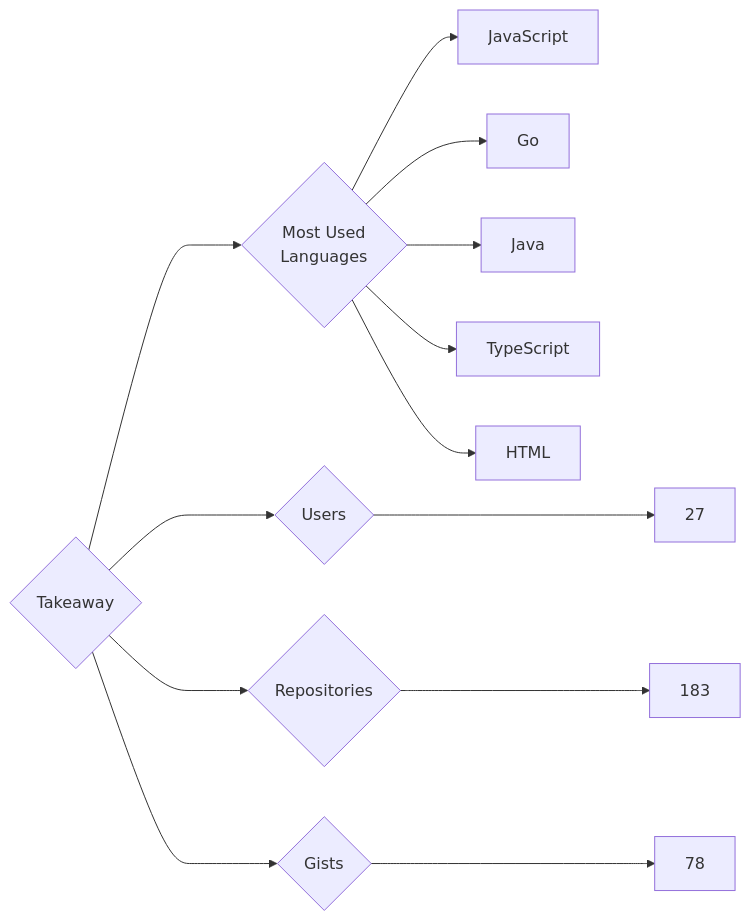
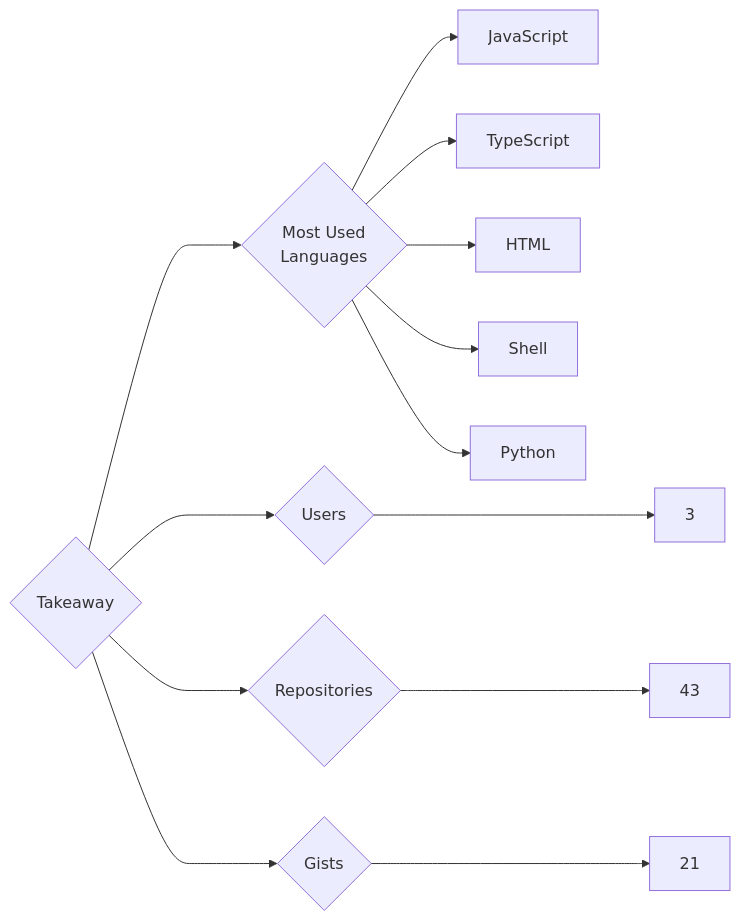
The diagram in targets/Takeaway/README.md (trickest/insiders), drawn with Mermaid before and after one commit. The commit also changed 912 other files, not shown here.

````diff
--- a/targets/Takeaway/README.md
+++ b/targets/Takeaway/README.md
@@ -3,13 +3,13 @@
 ```mermaid
 graph LR
 COMPANY_NAME{Takeaway}
-COMPANY_NAME ---> U{Users} ---> UN[27]
-COMPANY_NAME ---> R{Repositories} ---> RN[183]
-COMPANY_NAME ---> G{Gists} ---> GN[78]
+COMPANY_NAME ---> U{Users} ---> UN[3]
+COMPANY_NAME ---> R{Repositories} ---> RN[43]
+COMPANY_NAME ---> G{Gists} ---> GN[21]
 COMPANY_NAME ---> ML{Most Used<br>Languages}
 ML --> JavaScript[JavaScript]
-ML --> Go[Go]
-ML --> Java[Java]
 ML --> TypeScript[TypeScript]
 ML --> HTML[HTML]
+ML --> Shell[Shell]
+ML --> Python[Python]
 ```
````
